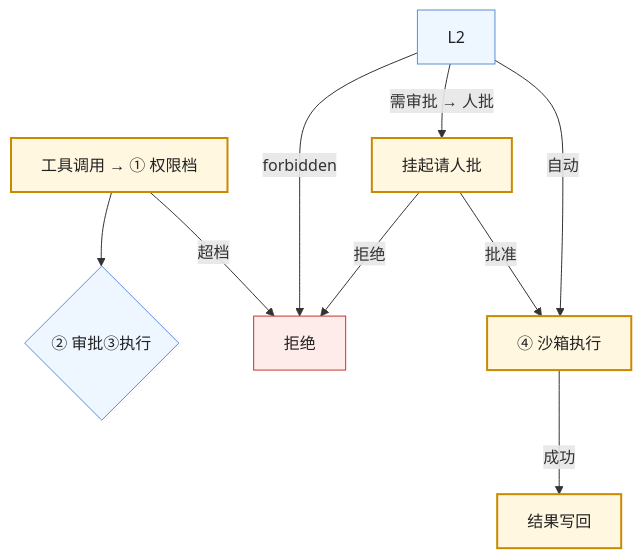
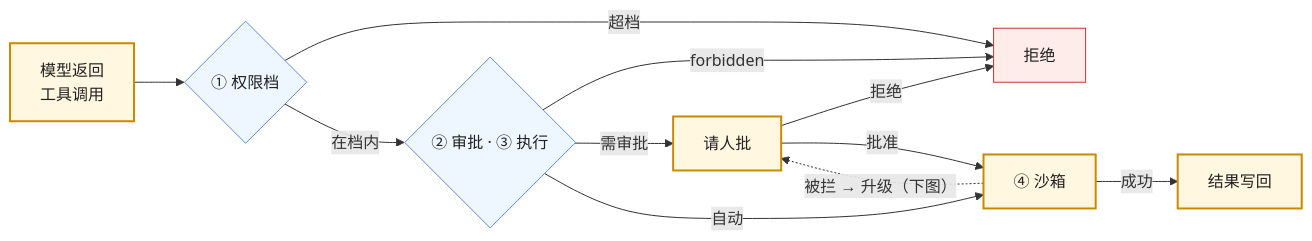
One commit to arganzheng/arganzheng.github.com changed the sixth of 10 diagrams in slides/2026-10-29-agent-and-harness.md. Above: the diagram before and after it, drawn with Mermaid. The commit also changed other lines of this file, not shown here.

Commit message:
slides/agent-and-harness: restore dropped mermaid nodes/branches (semantic audit) — split long flows to v sub-slides

````diff
--- a/slides/2026-10-29-agent-and-harness.md
+++ b/slides/2026-10-29-agent-and-harness.md
@@ -201,19 +201,21 @@
 ```mermaid
-%%{init: {"flowchart": {"wrappingWidth": 180}}}%%
-flowchart TB
-    CALL["工具调用 → ① 权限档"] --> L1{"② 审批③执行"}
-    CALL -->|"超档"| DENY["拒绝"]
+%%{init: {"flowchart": {"wrappingWidth": 150}}}%%
+flowchart LR
+    CALL["模型返回<br/>工具调用"] --> L1{"① 权限档"}
+    L1 -->|"超档"| DENY["拒绝"]
+    L1 -->|"在档内"| L2{"② 审批 · ③ 执行"}
     L2 -->|"forbidden"| DENY
-    L2 -->|"需审批 → 人批"| ASK["挂起请人批"]
+    L2 -->|"需审批"| ASK["请人批"]
     ASK -->|"拒绝"| DENY
-    ASK -->|"批准"| SB
-    L2 -->|"自动"| SB["④ 沙箱执行"]
+    ASK -->|"批准"| SB["④ 沙箱"]
+    L2 -->|"自动"| SB
     SB -->|"成功"| OUT["结果写回"]
+    SB -. "被拦 → 升级（下图）" .-> ASK
 
     classDef step fill:#fff7e0,stroke:#c98a00,stroke-width:2px,color:#222
     classDef dec fill:#eef6ff,stroke:#5b8fd6,color:#222
     classDef deny fill:#fdecea,stroke:#c0392b,color:#222
     class CALL,ASK,SB,OUT step
     class L1,L2 dec
     class DENY deny
 ```
````
